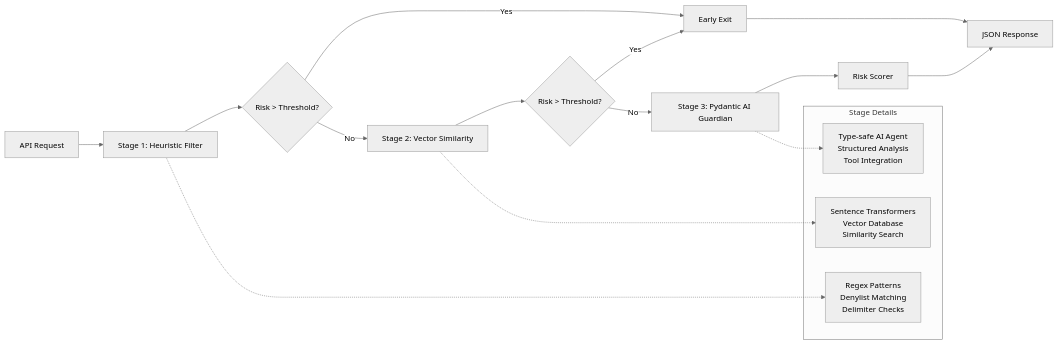
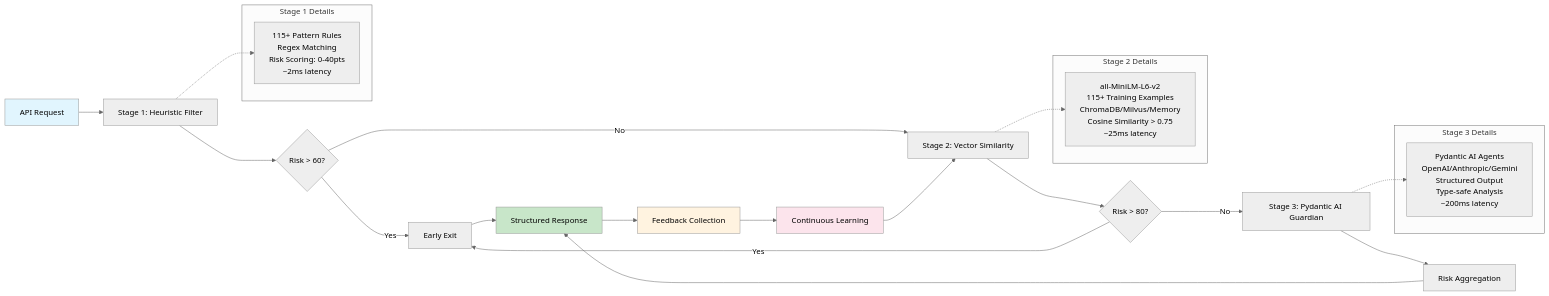
Before and after one commit to ni5h4nt/prompt-injection-scanner: the diagram in README.md, drawn with Mermaid (neutral theme). The commit also changed other lines of this file and 46 other files, not shown here.

````diff
--- a/README.md
+++ b/README.md
@@ -23,23 +24,37 @@
 ```mermaid
 graph LR
     A[API Request] --> B[Stage 1: Heuristic Filter]
-    B --> C{Risk > Threshold?}
+    B --> C{Risk > 60?}
     C -->|Yes| H[Early Exit]
     C -->|No| D[Stage 2: Vector Similarity]
-    D --> E{Risk > Threshold?}
+    D --> E{Risk > 80?}
     E -->|Yes| H
     E -->|No| F[Stage 3: Pydantic AI Guardian]
-    F --> G[Risk Scorer]
-    G --> I[JSON Response]
+    F --> G[Risk Aggregation]
+    G --> I[Structured Response]
     H --> I
+    I --> J[Feedback Collection]
+    J --> K[Continuous Learning]
+    K --> D
     
-    subgraph "Stage Details"
-        J[Regex Patterns<br/>Denylist Matching<br/>Delimiter Checks]
-        K[Sentence Transformers<br/>Vector Database<br/>Similarity Search]
-        L[Type-safe AI Agent<br/>Structured Analysis<br/>Tool Integration]
+    subgraph "Stage 1 Details"
+        L[115+ Pattern Rules<br/>Regex Matching<br/>Risk Scoring: 0-40pts<br/>~2ms latency]
     end
     
-    B -.-> J
-    D -.-> K
-    F -.-> L
+    subgraph "Stage 2 Details"
+        M[all-MiniLM-L6-v2<br/>115+ Training Examples<br/>ChromaDB/Milvus/Memory<br/>Cosine Similarity > 0.75<br/>~25ms latency]
+    end
+    
+    subgraph "Stage 3 Details"
+        N[Pydantic AI Agents<br/>OpenAI/Anthropic/Gemini<br/>Structured Output<br/>Type-safe Analysis<br/>~200ms latency]
+    end
+    
+    B -.-> L
+    D -.-> M
+    F -.-> N
+    
+    style A fill:#e1f5fe
+    style I fill:#c8e6c9
+    style J fill:#fff3e0
+    style K fill:#fce4ec
 ```
````
